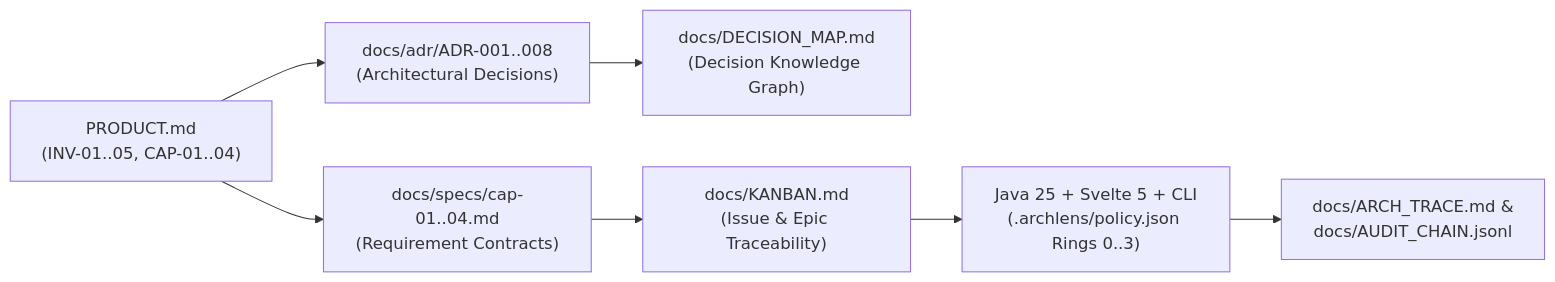
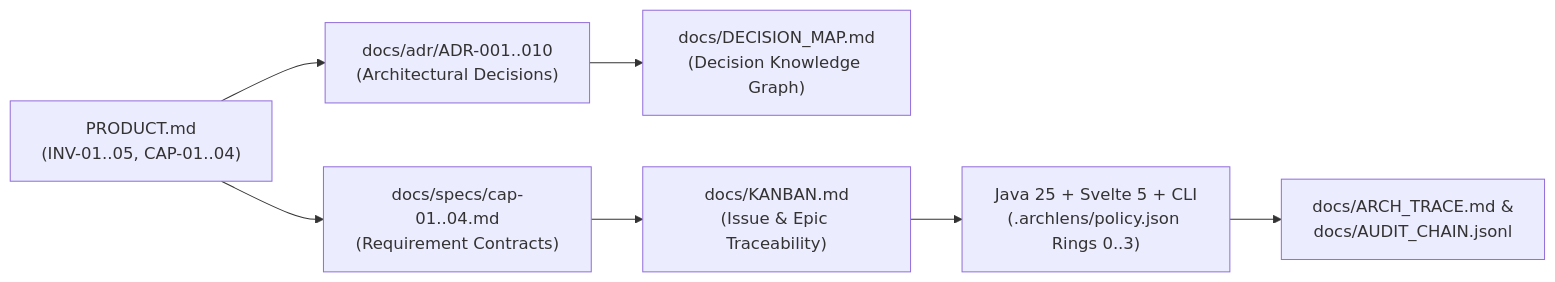
Before and after one commit to fmatar/archlens: the diagram in wiki/Traceability.md, drawn with Mermaid. The commit also changed other lines of this file and 39 other files, not shown here.

````diff
--- a/wiki/Traceability.md
+++ b/wiki/Traceability.md
@@ -11,9 +11,9 @@
 ```mermaid
 flowchart LR
     Product["PRODUCT.md\n(INV-01..05, CAP-01..04)"] --> Specs["docs/specs/cap-01..04.md\n(Requirement Contracts)"]
-    Product --> ADRs["docs/adr/ADR-001..008\n(Architectural Decisions)"]
+    Product --> ADRs["docs/adr/ADR-001..010\n(Architectural Decisions)"]
     ADRs --> DecisionMap["docs/DECISION_MAP.md\n(Decision Knowledge Graph)"]
     Specs --> Kanban["docs/KANBAN.md\n(Issue & Epic Traceability)"]
     Kanban --> Code["Java 25 + Svelte 5 + CLI\n(.archlens/policy.json Rings 0..3)"]
     Code --> ArchTrace["docs/ARCH_TRACE.md &\ndocs/AUDIT_CHAIN.jsonl"]
 ```
````
